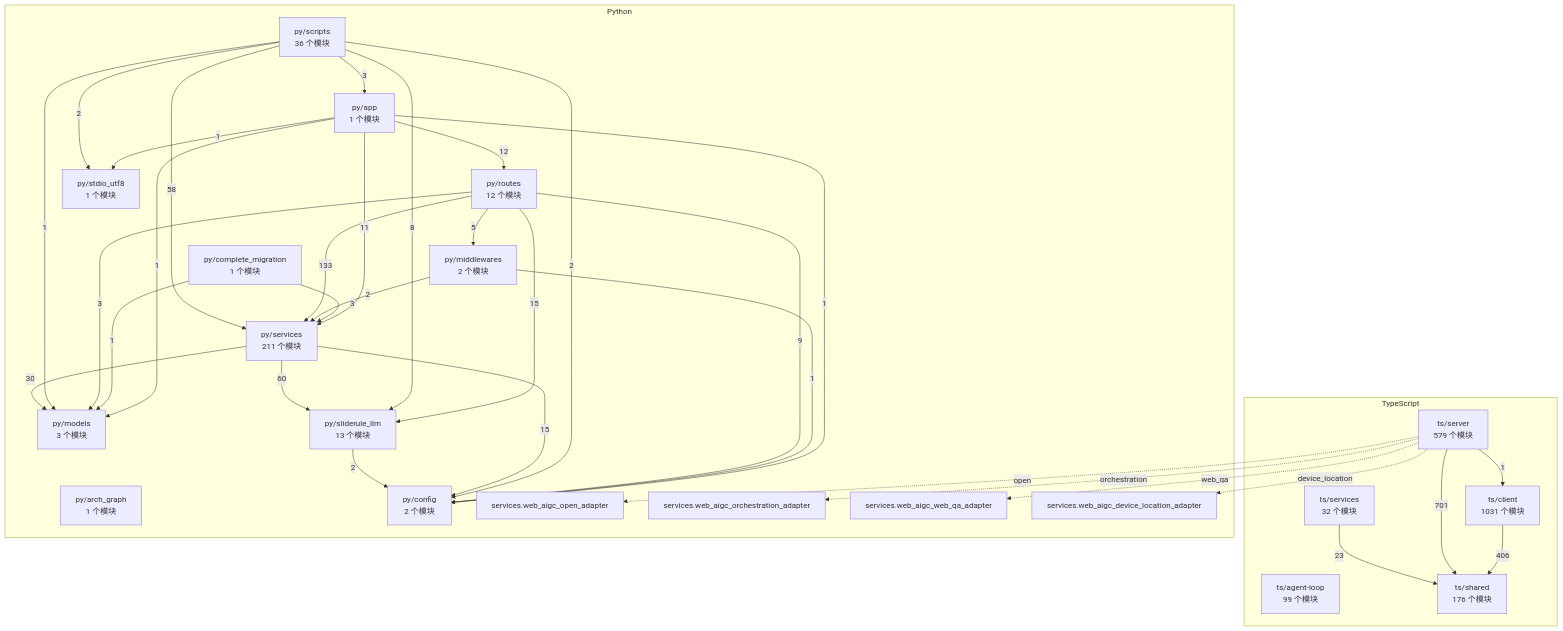
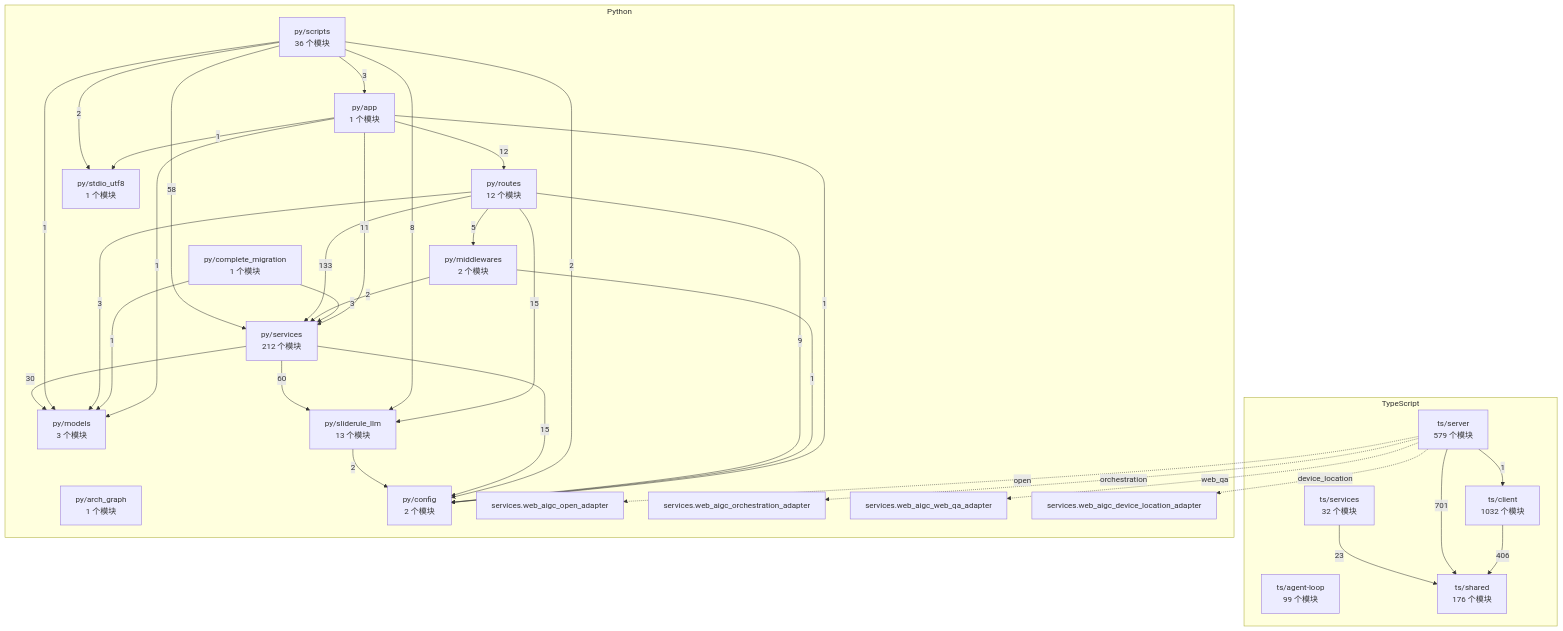
Before and after one commit to 2686521696/WhyBuddy: the diagram in docs/WhyBuddy 全仓架构图（自动生成）.md, drawn with Mermaid. The commit also changed 13 other files, not shown here.

````diff
--- a/docs/WhyBuddy 全仓架构图（自动生成）.md
+++ b/docs/WhyBuddy 全仓架构图（自动生成）.md
@@ -14,59 +14,59 @@
 ```mermaid
 flowchart TB
   subgraph ts [TypeScript]
     ts_agent_loop["ts/agent-loop<br/>99 个模块"]
-    ts_client["ts/client<br/>1031 个模块"]
+    ts_client["ts/client<br/>1032 个模块"]
     ts_server["ts/server<br/>579 个模块"]
     ts_services["ts/services<br/>32 个模块"]
     ts_shared["ts/shared<br/>176 个模块"]
   end
   subgraph py [Python]
     py_app["py/app<br/>1 个模块"]
     py_arch_graph["py/arch_graph<br/>1 个模块"]
     py_complete_migration["py/complete_migration<br/>1 个模块"]
     py_config["py/config<br/>2 个模块"]
     py_middlewares["py/middlewares<br/>2 个模块"]
     py_models["py/models<br/>3 个模块"]
     py_routes["py/routes<br/>12 个模块"]
     py_scripts["py/scripts<br/>36 个模块"]
-    py_services["py/services<br/>211 个模块"]
+    py_services["py/services<br/>212 个模块"]
     py_sliderule_llm["py/sliderule_llm<br/>13 个模块"]
     py_stdio_utf8["py/stdio_utf8<br/>1 个模块"]
     py_services_web_aigc_open_adapter["services.web_aigc_open_adapter"]
     py_services_web_aigc_orchestration_adapter["services.web_aigc_orchestration_adapter"]
     py_services_web_aigc_web_qa_adapter["services.web_aigc_web_qa_adapter"]
     py_services_web_aigc_device_location_adapter["services.web_aigc_device_location_adapter"]
   end
   ts_client -->|406| ts_shared
   ts_server -->|1| ts_client
   ts_server -->|701| ts_shared
   ts_services -->|23| ts_shared
   py_app -->|1| py_config
   py_app -->|1| py_models
   py_app -->|12| py_routes
   py_app -->|11| py_services
   py_app -->|1| py_stdio_utf8
   py_complete_migration -->|1| py_models
   py_complete_migration -->|3| py_services
   py_middlewares -->|1| py_config
   py_middlewares -->|2| py_services
   py_routes -->|9| py_config
   py_routes -->|5| py_middlewares
   py_routes -->|3| py_models
   py_routes -->|133| py_services
   py_routes -->|15| py_sliderule_llm
   py_scripts -->|3| py_app
   py_scripts -->|2| py_config
   py_scripts -->|1| py_models
   py_scripts -->|58| py_services
   py_scripts -->|8| py_sliderule_llm
   py_scripts -->|2| py_stdio_utf8
   py_services -->|15| py_config
   py_services -->|30| py_models
   py_services -->|60| py_sliderule_llm
   py_sliderule_llm -->|2| py_config
   ts_server -.->|open| py_services_web_aigc_open_adapter
   ts_server -.->|orchestration| py_services_web_aigc_orchestration_adapter
   ts_server -.->|web_qa| py_services_web_aigc_web_qa_adapter
   ts_server -.->|device_location| py_services_web_aigc_device_location_adapter
 ```
````
